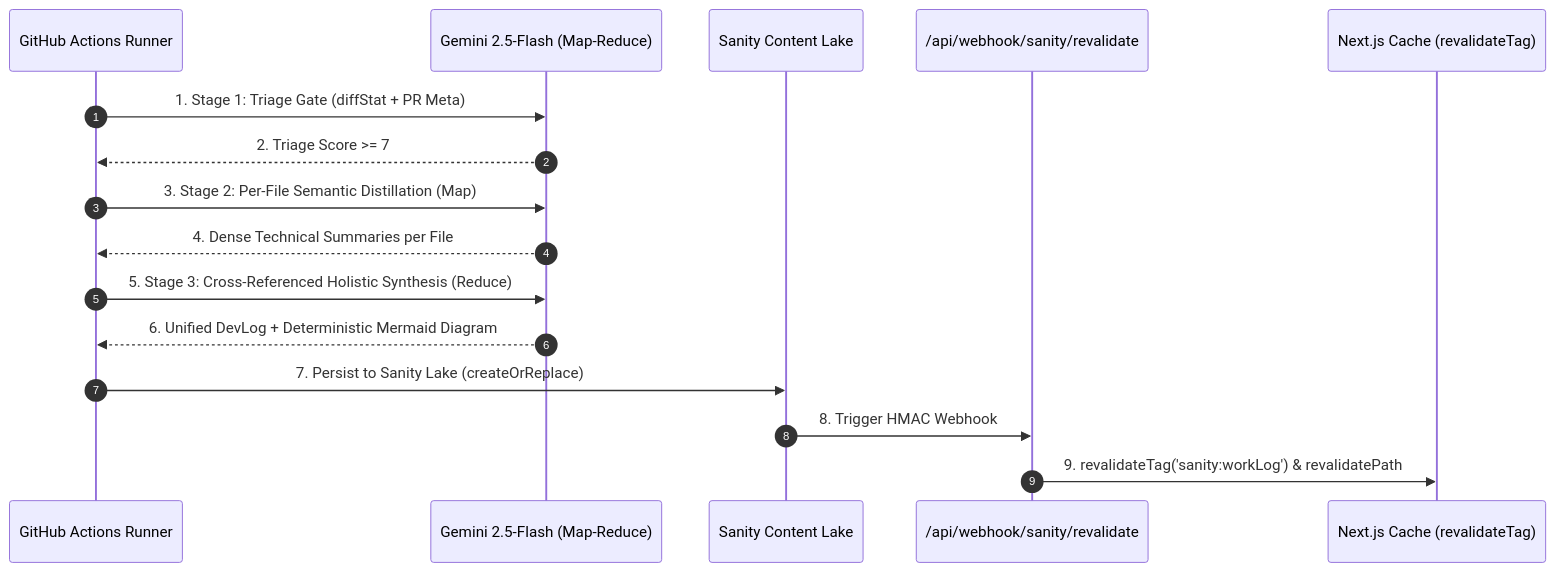
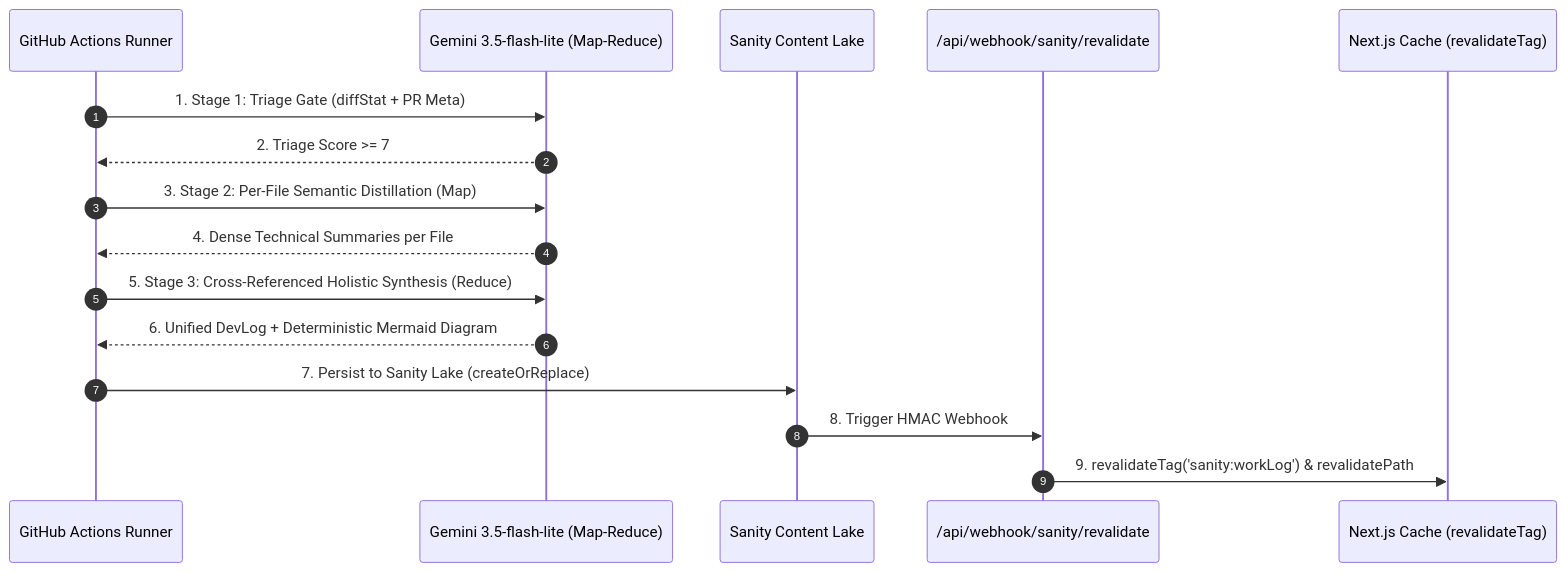
One commit to BenjiBenji20/portfolio changed the diagram in documentation/agent_runner_phase3_publishing.md. Above: the diagram before and after it, drawn with Mermaid. The commit also changed 11 other files, not shown here.

Commit message:
change gemini model from 2.5-flash to 3.5-flash-lite

````diff
--- a/documentation/agent_runner_phase3_publishing.md
+++ b/documentation/agent_runner_phase3_publishing.md
@@ -20,19 +20,19 @@
 ```mermaid
 sequenceDiagram
     autonumber
     participant GHA as GitHub Actions Runner
-    participant Gemini as Gemini 2.5-Flash (Map-Reduce)
+    participant Gemini as Gemini 3.5-flash-lite (Map-Reduce)
     participant Sanity as Sanity Content Lake
     participant Webhook as /api/webhook/sanity/revalidate
     participant Cache as Next.js Cache (revalidateTag)
 
     GHA->>Gemini: 1. Stage 1: Triage Gate (diffStat + PR Meta)
     Gemini-->>GHA: 2. Triage Score >= 7
     GHA->>Gemini: 3. Stage 2: Per-File Semantic Distillation (Map)
     Gemini-->>GHA: 4. Dense Technical Summaries per File
     GHA->>Gemini: 5. Stage 3: Cross-Referenced Holistic Synthesis (Reduce)
     Gemini-->>GHA: 6. Unified DevLog + Deterministic Mermaid Diagram
     GHA->>Sanity: 7. Persist to Sanity Lake (createOrReplace)
     Sanity->>Webhook: 8. Trigger HMAC Webhook
     Webhook->>Cache: 9. revalidateTag('sanity:workLog') & revalidatePath
 ```
````
